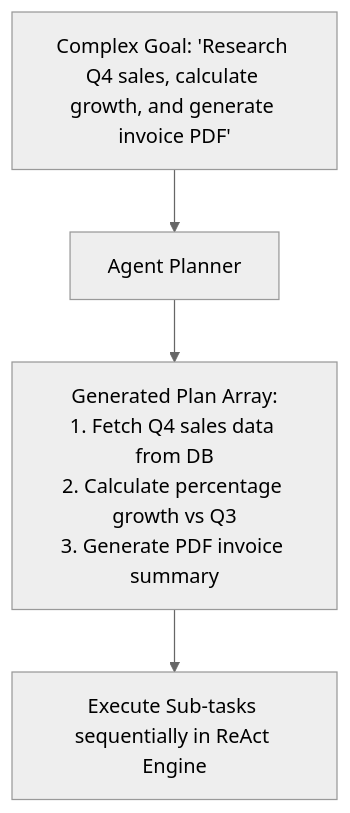
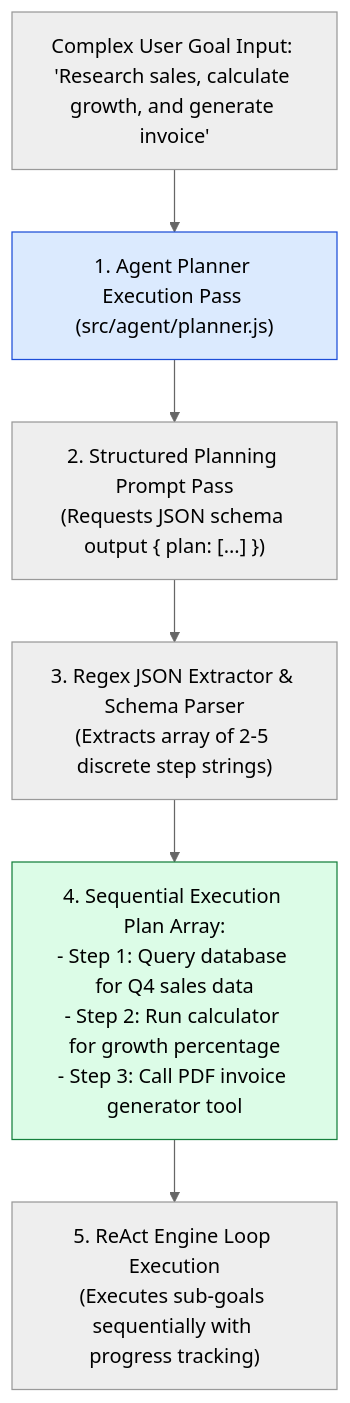
Before and after one commit to Amie-dev/engineering-playbook: the first of 3 diagrams in agentic-ai-notes/04-jugaad-agent/02-agent-planner.md, drawn with Mermaid (neutral theme). The commit also changed other lines of this file and 13 other files, not shown here.

First line of the commit message:
Refactor Jugaad Agent Modules: Enhance MongoDB Thread Store, Implement Agent Safety Guardrails, Develop Mock Database Store, and Revamp CLI & Express API Server

````diff
--- a/agentic-ai-notes/04-jugaad-agent/02-agent-planner.md
+++ b/agentic-ai-notes/04-jugaad-agent/02-agent-planner.md
@@ -10,6 +13,15 @@
 ```mermaid
 flowchart TD
-    ComplexGoal["Complex Goal: 'Research Q4 sales, calculate growth, and generate invoice PDF'"] --> Planner[Agent Planner]
-    Planner --> Plan["Generated Plan Array:<br/>1. Fetch Q4 sales data from DB<br/>2. Calculate percentage growth vs Q3<br/>3. Generate PDF invoice summary"]
-    Plan --> ReActEngine[Execute Sub-tasks sequentially in ReAct Engine]
+    UserGoal[Complex User Goal Input: 'Research sales, calculate growth, and generate invoice'] --> PlannerPass["1. Agent Planner Execution Pass (src/agent/planner.js)"]
+
+    PlannerPass --> LLMPlanPrompt["2. Structured Planning Prompt Pass<br/>(Requests JSON schema output { plan: [...] })"]
+
+    LLMPlanPrompt --> JSONExtractor["3. Regex JSON Extractor & Schema Parser<br/>(Extracts array of 2-5 discrete step strings)"]
+
+    JSONExtractor --> PlanArray["4. Sequential Execution Plan Array:<br/>- Step 1: Query database for Q4 sales data<br/>- Step 2: Run calculator for growth percentage<br/>- Step 3: Call PDF invoice generator tool"]
+
+    PlanArray --> ReActEngine["5. ReAct Engine Loop Execution<br/>(Executes sub-goals sequentially with progress tracking)"]
+
+    style PlannerPass fill:#dbeafe,stroke:#1d4ed8
+    style PlanArray fill:#dcfce7,stroke:#15803d
 ```
````
